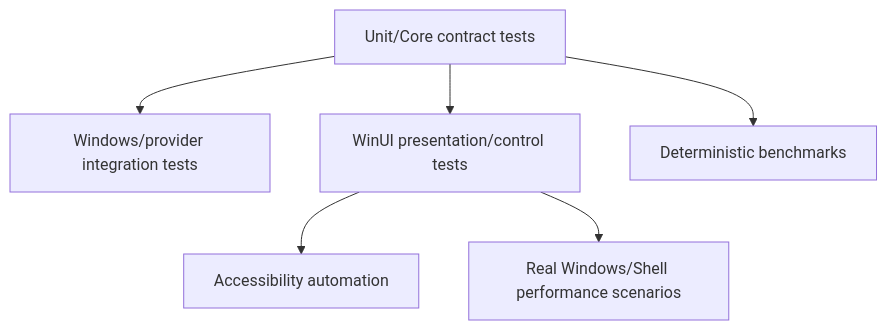
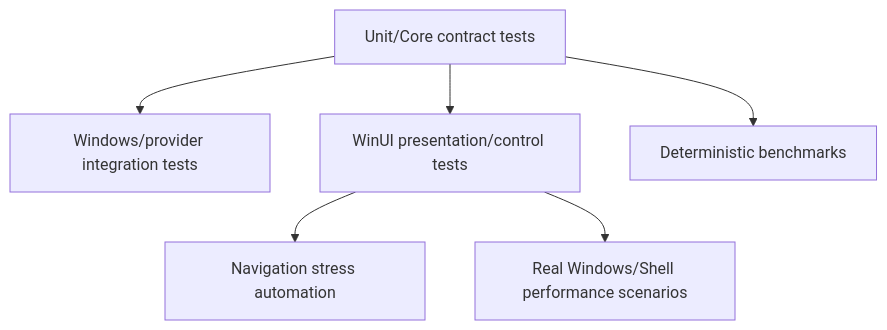
Before and after one commit to 0x5bfa/ReFiles: the diagram in docs/testing/strategy.md, drawn with Mermaid. The commit also changed other lines of this file and 44 other files, not shown here.

````diff
--- a/docs/testing/strategy.md
+++ b/docs/testing/strategy.md
@@ -7,15 +7,15 @@
 ```mermaid
 flowchart TB
     Unit[Unit/Core contract tests]
     Integration[Windows/provider integration tests]
     Presentation[WinUI presentation/control tests]
-    Axe[Accessibility automation]
+    NavigationStress[Navigation stress automation]
     Bench[Deterministic benchmarks]
     Scenario[Real Windows/Shell performance scenarios]
 
     Unit --> Integration
     Unit --> Presentation
-    Presentation --> Axe
+    Presentation --> NavigationStress
     Unit --> Bench
     Presentation --> Scenario
 ```
````
